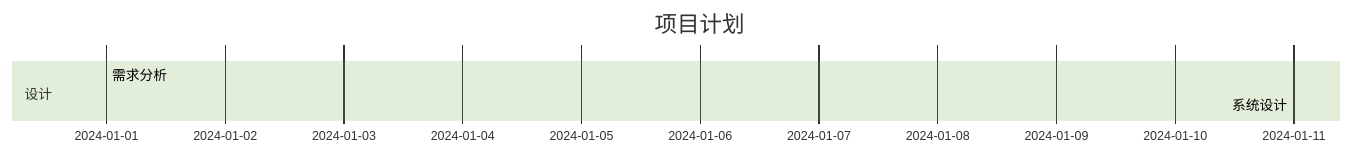
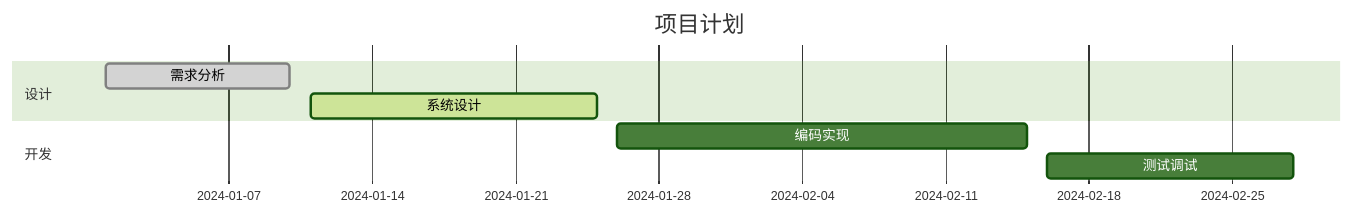
The third of 6 diagrams in README.md (onshinpei/ds-markdown-mermaid-plugin), drawn with Mermaid (forest theme) before and after one commit. The commit also changed other lines of this file, not shown here.

````diff
--- a/README.md
+++ b/README.md
@@ -256,7 +129,11 @@
 ```mermaid
 gantt
-  title 项目计划
-  section 设计
-  需求分析 :done, des1, 2024-01-01, 2024-01-10
-  系统设计 :active, des2, 2024-01-11, 2024-01-25
+    title 项目计划
+    dateFormat  YYYY-MM-DD
+    section 设计
+    需求分析    :done, des1, 2024-01-01, 2024-01-10
+    系统设计    :active, des2, 2024-01-11, 2024-01-25
+    section 开发
+    编码实现    :des3, 2024-01-26, 2024-02-15
+    测试调试    :des4, 2024-02-16, 2024-02-28
 ```
````
